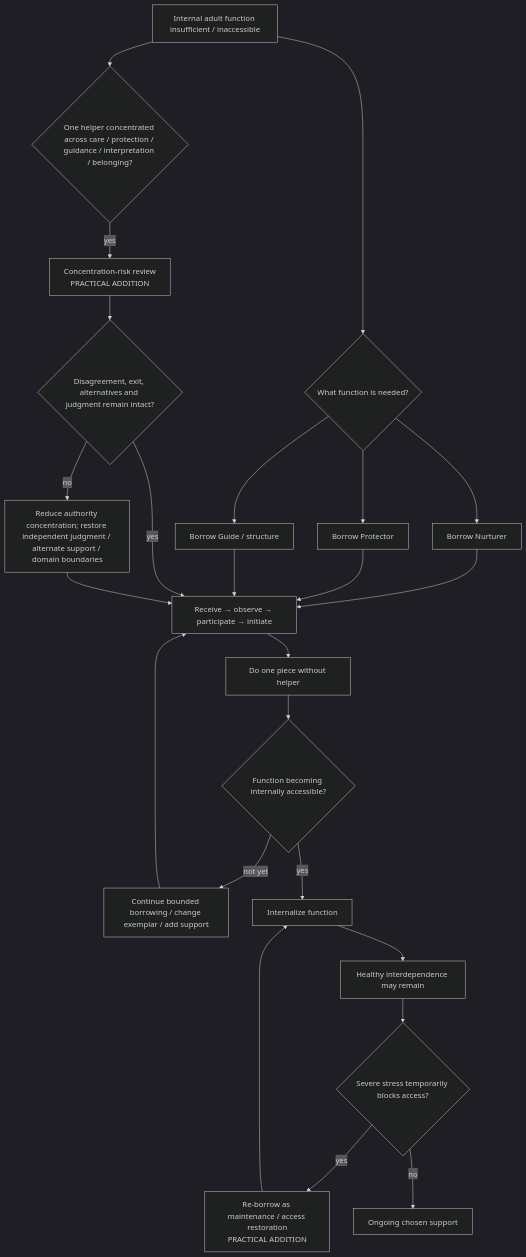
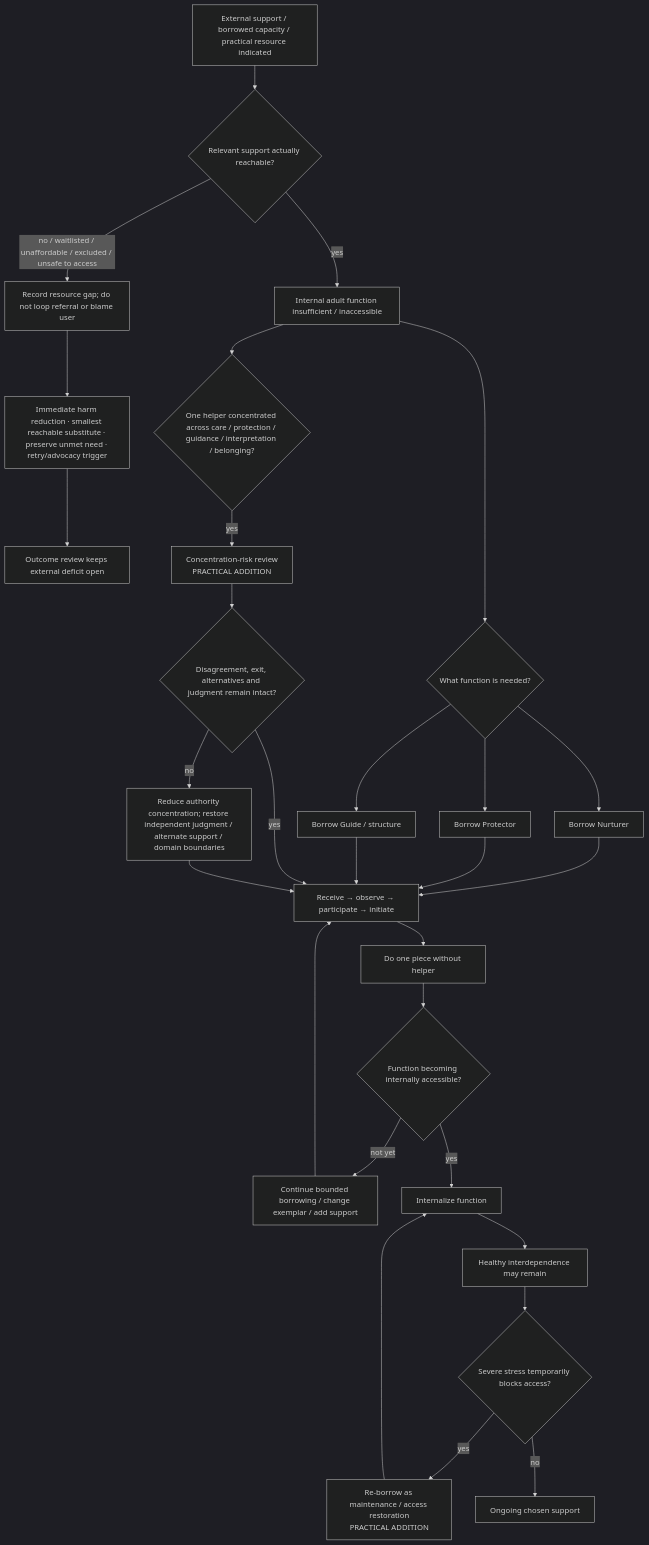
One commit to u-dont-existDOTcom/creativeTailSampling changed the diagram in analysis/inner_child_protocol/maps/07-EXTERNAL-SUPPORT-ARCHITECTURE.md. Above: the diagram before and after it, drawn with Mermaid (dark theme). The commit also changed other lines of this file, not shown here.

Commit message:
Add resource-unavailable fallback to external support map

````diff
--- a/analysis/inner_child_protocol/maps/07-EXTERNAL-SUPPORT-ARCHITECTURE.md
+++ b/analysis/inner_child_protocol/maps/07-EXTERNAL-SUPPORT-ARCHITECTURE.md
@@ -5,26 +5,32 @@
 ```mermaid
 flowchart TD
-    A["Internal adult function insufficient / inaccessible"] --> B{"What function is needed?"}
+    A0["External support / borrowed capacity / practical resource indicated"] --> A1{"Relevant support actually reachable?"}
+    A1 -- "yes" --> A["Internal adult function insufficient / inaccessible"]
+    A1 -- "no / waitlisted / unaffordable / excluded / unsafe to access" --> A2["Record resource gap; do not loop referral or blame user"]
+    A2 --> A3["Immediate harm reduction · smallest reachable substitute · preserve unmet need · retry/advocacy trigger"]
+    A3 --> A4["Outcome review keeps external deficit open"]
+
+    A --> B{"What function is needed?"}
     B --> C["Borrow Nurturer"]
     B --> D["Borrow Protector"]
     B --> E["Borrow Guide / structure"]
     C --> F["Receive → observe → participate → initiate"]
     D --> F
     E --> F
     F --> G["Do one piece without helper"]
     G --> H{"Function becoming internally accessible?"}
     H -- "not yet" --> I["Continue bounded borrowing / change exemplar / add support"]
     I --> F
     H -- "yes" --> J["Internalize function"]
     J --> K["Healthy interdependence may remain"]
     K --> L{"Severe stress temporarily blocks access?"}
     L -- "yes" --> M["Re-borrow as maintenance / access restoration<br/>PRACTICAL ADDITION"]
     M --> J
     L -- "no" --> N["Ongoing chosen support"]
     A --> O{"One helper concentrated across care / protection / guidance / interpretation / belonging?"}
     O -- "yes" --> P["Concentration-risk review<br/>PRACTICAL ADDITION"]
     P --> Q{"Disagreement, exit, alternatives and judgment remain intact?"}
     Q -- "yes" --> F
     Q -- "no" --> R["Reduce authority concentration; restore independent judgment / alternate support / domain boundaries"]
     R --> F
 ```
````
